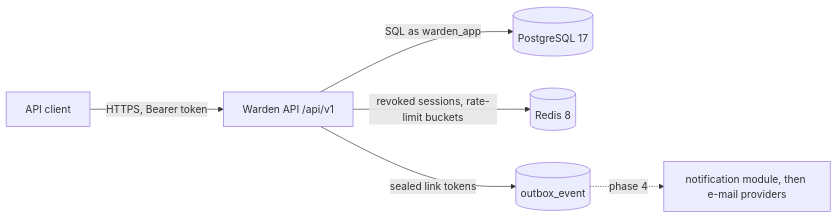
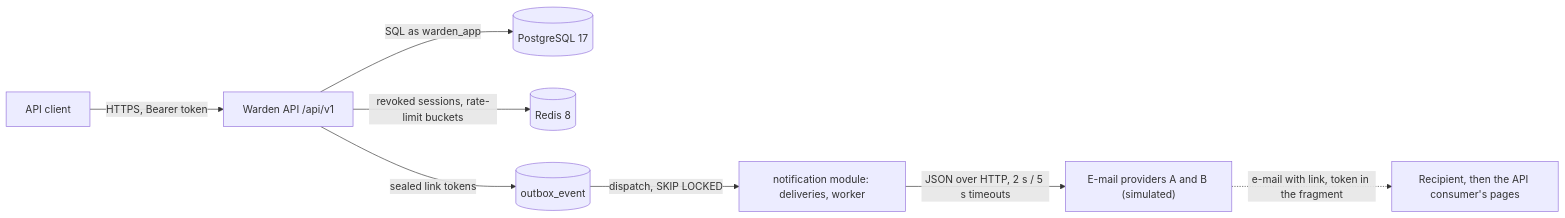
Before and after one commit to kaulinmindiola/Warden: the diagram in docs/security/threat-model.md, drawn with Mermaid. The commit also changed other lines of this file and 3 other files, not shown here.

````diff
--- a/docs/security/threat-model.md
+++ b/docs/security/threat-model.md
@@ -11,8 +11,10 @@
 ```mermaid
 flowchart LR
     C["API client"] -->|HTTPS, Bearer token| A["Warden API /api/v1"]
     A -->|SQL as warden_app| P[("PostgreSQL 17")]
     A -->|revoked sessions, rate-limit buckets| R[("Redis 8")]
     A -->|sealed link tokens| O[("outbox_event")]
-    O -.->|phase 4| N["notification module, then e-mail providers"]
+    O -->|dispatch, SKIP LOCKED| N["notification module: deliveries, worker"]
+    N -->|"JSON over HTTP, 2 s / 5 s timeouts"| E["E-mail providers A and B (simulated)"]
+    E -.->|"e-mail with link, token in the fragment"| U["Recipient, then the API consumer's pages"]
 ```
````
